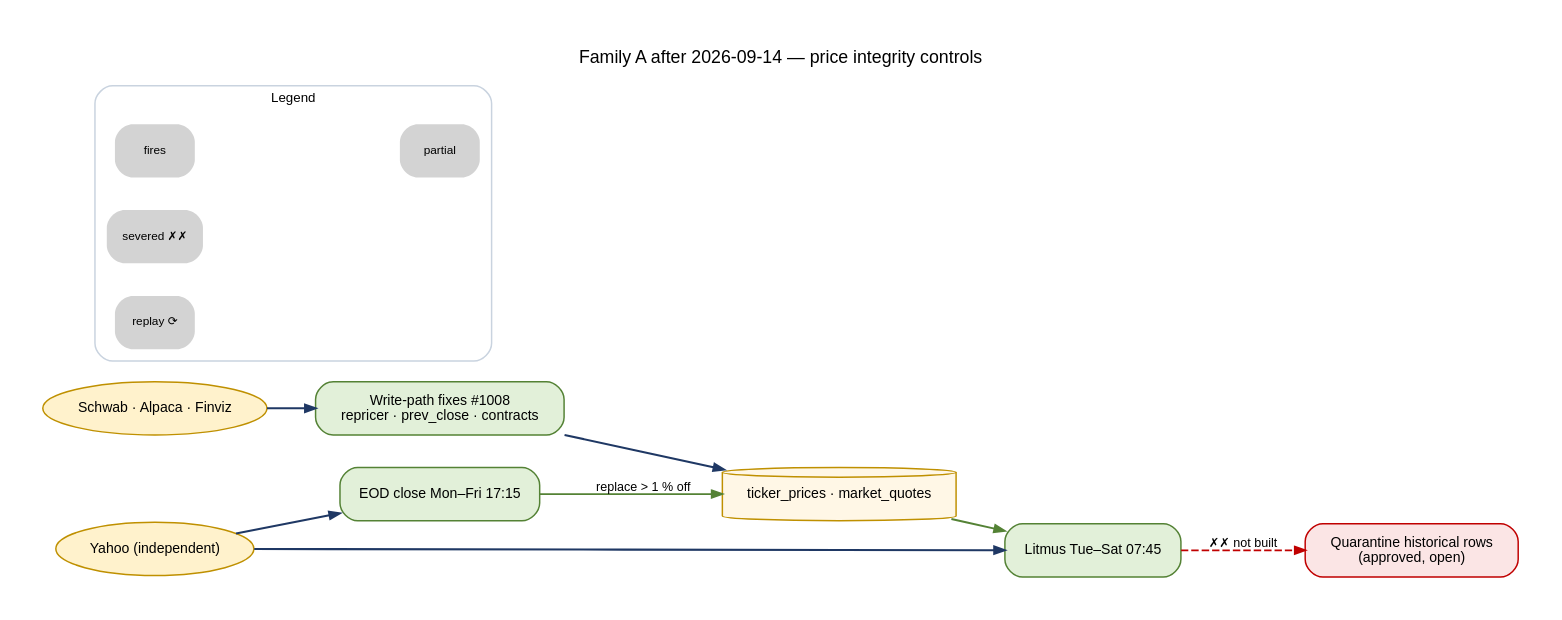
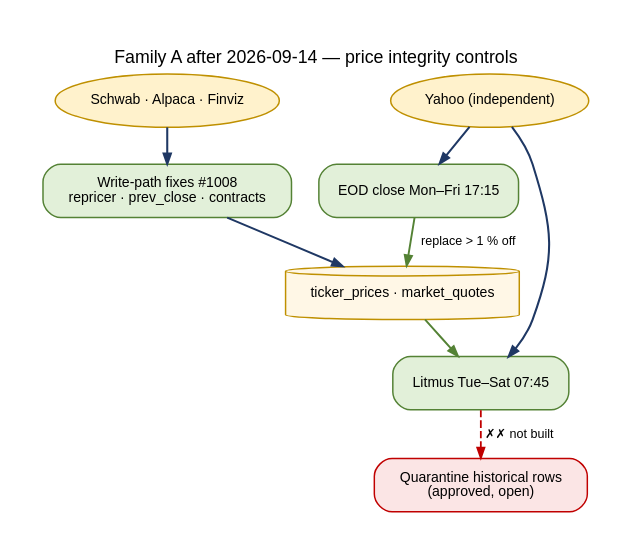
Before and after one commit to PatsKiller/tardeai: the diagram in docs/architecture/lifecycles/LIFECYCLE_FACTBASE_A_DATA_2026-09-14.md, drawn with Graphviz. The commit also changed 11 other files, not shown here.

First line of the commit message:
docs(architecture): lifecycle flow diagrams top-down with a legend figure; wide diagrams re-laid out

````diff
--- a/docs/architecture/lifecycles/LIFECYCLE_FACTBASE_A_DATA_2026-09-14.md
+++ b/docs/architecture/lifecycles/LIFECYCLE_FACTBASE_A_DATA_2026-09-14.md
@@ -23,26 +23,21 @@
 ```dot
 digraph fb_a {
-  graph [rankdir=LR, fontname="Helvetica", fontsize=12, label="Family A after 2026-09-14 — price integrity controls", labelloc=t, nodesep=0.3, ranksep=0.45, pad=0.3];
+  graph [rankdir=TB, fontname="Helvetica", fontsize=12, label="Family A after 2026-09-14 — price integrity controls", labelloc=t, nodesep=0.25, ranksep=0.32, pad=0.3];
   node [style="rounded,filled", fontname="Helvetica", fontsize=9.5];
   edge [fontname="Helvetica", fontsize=8.5, arrowsize=0.7];
   src [label="Schwab · Alpaca · Finviz", shape=oval, fillcolor="#FFF2CC", color="#BF9000"];
   fix [label="Write-path fixes #1008\nrepricer · prev_close · contracts", shape=box, fillcolor="#E2F0D9", color="#548235"];
   store [label="ticker_prices · market_quotes", shape=cylinder, fillcolor="#FFF7E6", color="#BF9000"];
   yahoo [label="Yahoo (independent)", shape=oval, fillcolor="#FFF2CC", color="#BF9000"];
   litmus [label="Litmus Tue–Sat 07:45", shape=box, fillcolor="#E2F0D9", color="#548235"];
   eod [label="EOD close Mon–Fri 17:15", shape=box, fillcolor="#E2F0D9", color="#548235"];
   quar [label="Quarantine historical rows\n(approved, open)", shape=box, fillcolor="#FBE5E5", color="#C00000"];
   src -> fix [color="#1F3864", penwidth=1.4];
   fix -> store [color="#1F3864", penwidth=1.4];
   yahoo -> litmus [color="#1F3864", penwidth=1.4];
   store -> litmus [color="#548235", penwidth=1.3];
   yahoo -> eod [color="#1F3864", penwidth=1.4];
   eod -> store [label="replace > 1 % off", color="#548235", penwidth=1.3];
   litmus -> quar [label="✗✗ not built", color="#C00000", style=dashed, penwidth=1.2];
-  subgraph cluster_legend { label="Legend"; fontsize=9; style=rounded; color="#C9D3DF";
-    lg1 [label="fires", shape=plaintext, fontsize=8]; lg2 [label="partial", shape=plaintext, fontsize=8];
-    lg3 [label="severed ✗✗", shape=plaintext, fontsize=8]; lg4 [label="replay ⟳", shape=plaintext, fontsize=8];
-    lg1 -> lg2 [color="#548235", penwidth=1.3, style=invis]; 
-  }
 }
 ```
````
